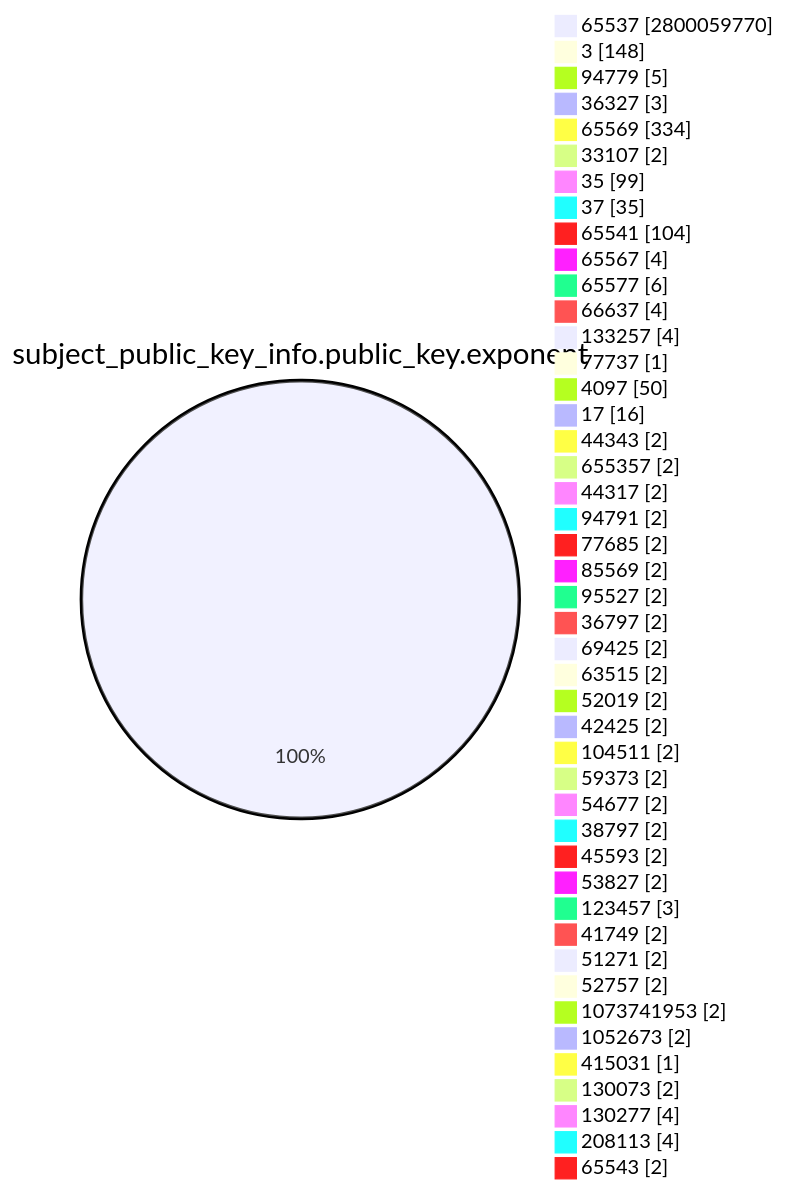
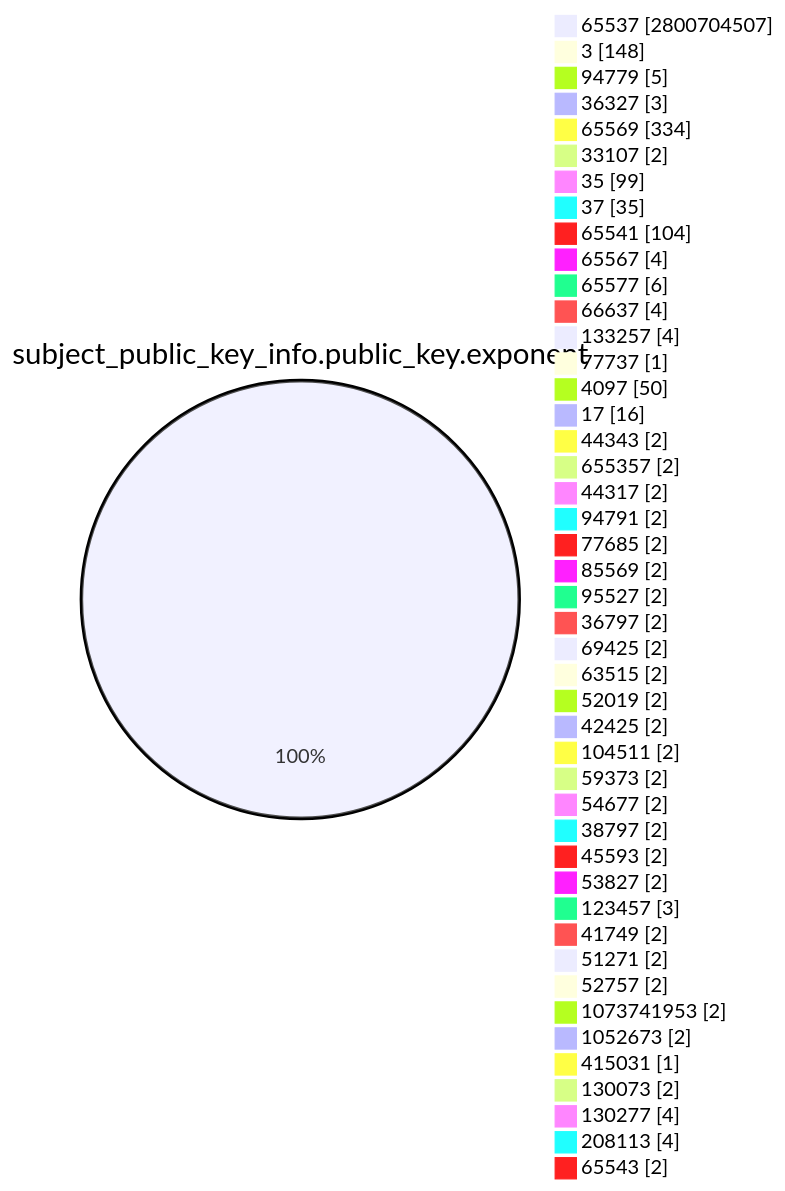
Before and after one commit to christiankrug/ctmonitor_visualization: the fourth of 15 diagrams in TOTAL/README.md, drawn with Mermaid. The commit also changed other lines of this file, not shown here.

````diff
--- a/TOTAL/README.md
+++ b/TOTAL/README.md
@@ -1467,49 +1467,49 @@
 ```mermaid
 pie showData
 title subject_public_key_info.public_key.exponent
-"65537" :2800059770
+"65537" :2800704507
 "3" :148
 "94779" :5
 "36327" :3
 "65569" :334
 "33107" :2
 "35" :99
 "37" :35
 "65541" :104
 "65567" :4
 "65577" :6
 "66637" :4
 "133257" :4
 "77737" :1
 "4097" :50
 "17" :16
 "44343" :2
 "655357" :2
 "44317" :2
 "94791" :2
 "77685" :2
 "85569" :2
 "95527" :2
 "36797" :2
 "69425" :2
 "63515" :2
 "52019" :2
 "42425" :2
 "104511" :2
 "59373" :2
 "54677" :2
 "38797" :2
 "45593" :2
 "53827" :2
 "123457" :3
 "41749" :2
 "51271" :2
 "52757" :2
 "1073741953" :2
 "1052673" :2
 "415031" :1
 "130073" :2
 "130277" :4
 "208113" :4
 "65543" :2
 ```
````
